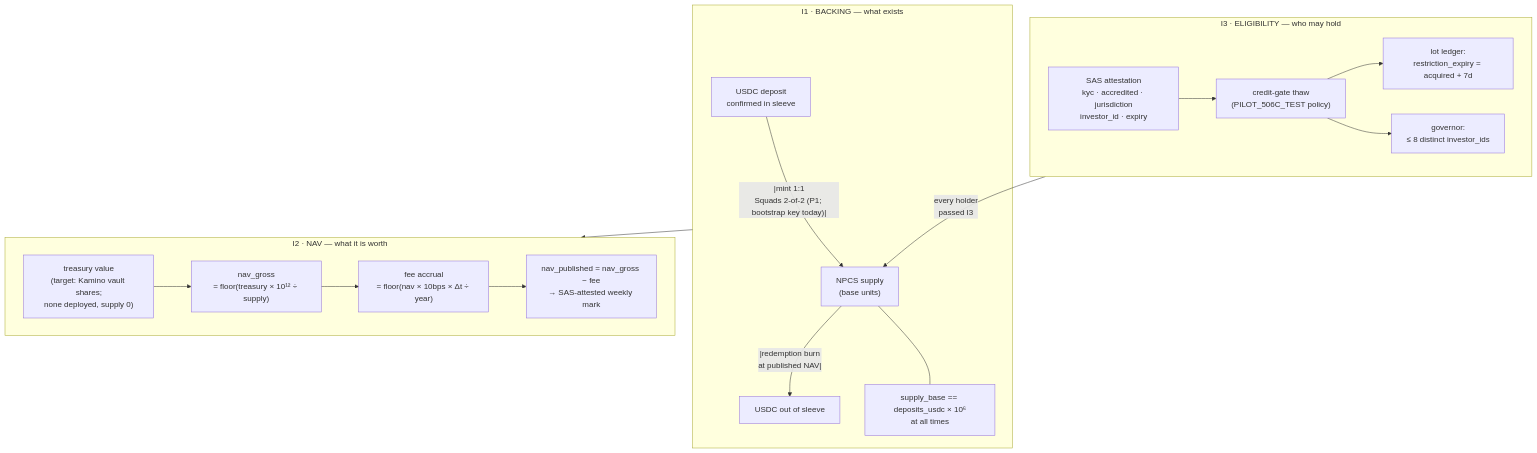
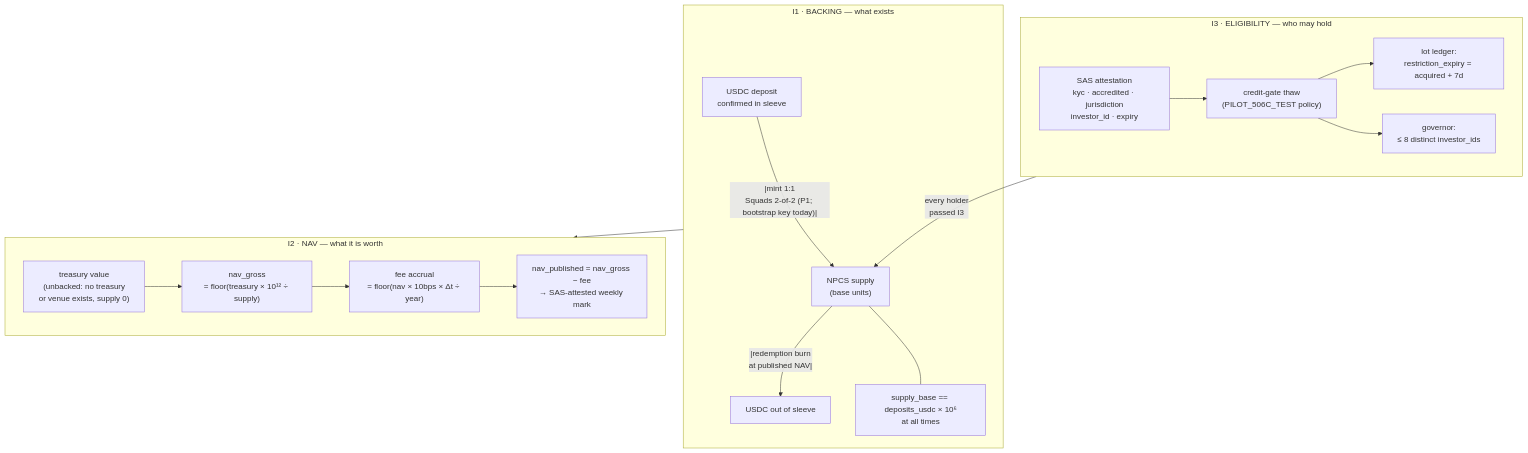
The first of 2 diagrams in token/TOKENOMICS.md (Srizdebnath/nundina), drawn with Mermaid before and after one commit. The commit also changed 4 other files, not shown here.

Commit message:
token: strike the Kamino venue; grade the treasury unbacked, process-only (#173)

````diff
--- a/token/TOKENOMICS.md
+++ b/token/TOKENOMICS.md
@@ -26,23 +26,23 @@
 ```mermaid
 flowchart TB
     subgraph I1["I1 · BACKING — what exists"]
         A["USDC deposit<br/>confirmed in sleeve"] -->|"|mint 1:1<br/>Squads 2-of-2 (P1; bootstrap key today)|"| S["NPCS supply<br/>(base units)"]
         S -->|"|redemption burn<br/>at published NAV|"| R["USDC out of sleeve"]
         S --- N1["supply_base == deposits_usdc × 10⁶<br/>at all times"]
     end
 
     subgraph I2["I2 · NAV — what it is worth"]
-        T["treasury value<br/>(target: Kamino vault shares;<br/>none deployed, supply 0)"] --> G["nav_gross<br/>= floor(treasury × 10¹² ÷ supply)"]
+        T["treasury value<br/>(unbacked: no treasury<br/>or venue exists, supply 0)"] --> G["nav_gross<br/>= floor(treasury × 10¹² ÷ supply)"]
         G --> F["fee accrual<br/>= floor(nav × 10bps × Δt ÷ year)"]
         F --> P["nav_published = nav_gross − fee<br/>→ SAS-attested weekly mark"]
     end
 
     subgraph I3["I3 · ELIGIBILITY — who may hold"]
         ATT["SAS attestation<br/>kyc · accredited · jurisdiction<br/>investor_id · expiry"] --> GATE["credit-gate thaw<br/>(PILOT_506C_TEST policy)"]
         GATE --> LOTS["lot ledger:<br/>restriction_expiry = acquired + 7d"]
         GATE --> CAP["governor:<br/>≤ 8 distinct investor_ids"]
     end
 
     I1 --> I2
     I3 -->|"every holder<br/>passed I3"| S
 ```
````
